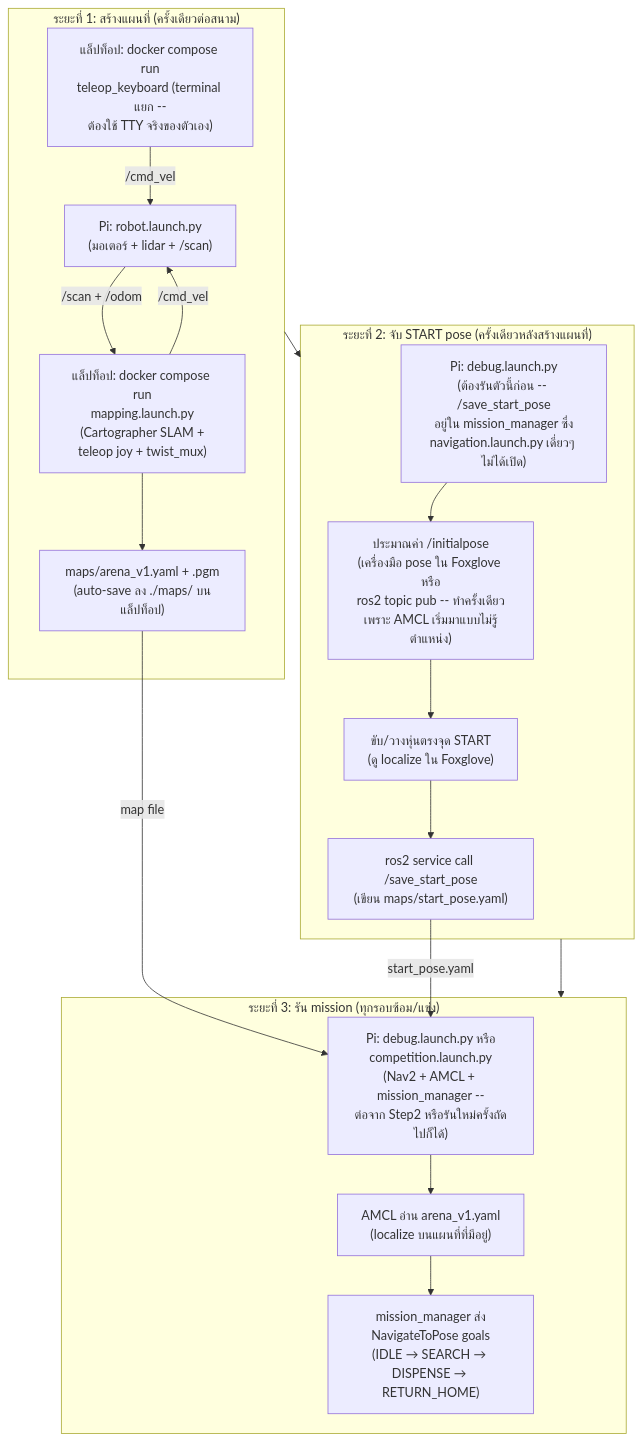
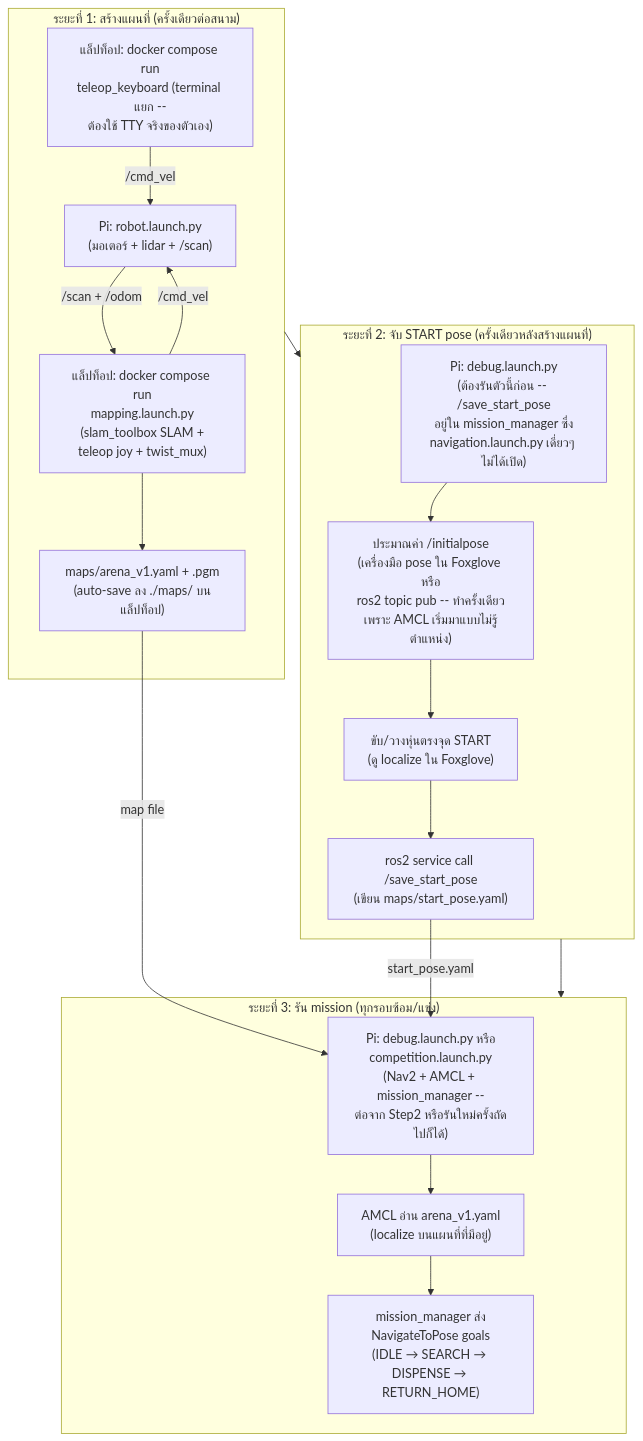
The diagram in docs/th/05-navigation.md (robotkub/turtlebot3), drawn with Mermaid before and after one commit. The commit also changed other lines of this file and 18 other files, not shown here.

````diff
--- a/docs/th/05-navigation.md
+++ b/docs/th/05-navigation.md
@@ -36,32 +36,32 @@
 ```mermaid
 flowchart TD
     subgraph Step1["ระยะที่ 1: สร้างแผนที่ (ครั้งเดียวต่อสนาม)"]
         A["Pi: robot.launch.py\n(มอเตอร์ + lidar + /scan)"]
-        B["แล็ปท็อป: docker compose run\nmapping.launch.py\n(Cartographer SLAM +\nteleop joy + twist_mux)"]
+        B["แล็ปท็อป: docker compose run\nmapping.launch.py\n(slam_toolbox SLAM +\nteleop joy + twist_mux)"]
         C["แล็ปท็อป: docker compose run\nteleop_keyboard (terminal แยก --\nต้องใช้ TTY จริงของตัวเอง)"]
         D["maps/arena_v1.yaml + .pgm\n(auto-save ลง ./maps/ บนแล็ปท็อป)"]
         A -->|"/scan + /odom"| B
         B -->|"/cmd_vel"| A
         C -->|"/cmd_vel"| A
         B --> D
     end
 
     subgraph Step2["ระยะที่ 2: จับ START pose (ครั้งเดียวหลังสร้างแผนที่)"]
         E0["Pi: debug.launch.py\n(ต้องรันตัวนี้ก่อน -- /save_start_pose\nอยู่ใน mission_manager ซึ่ง\nnavigation.launch.py เดี่ยวๆ ไม่ได้เปิด)"]
         E1["ประมาณค่า /initialpose\n(เครื่องมือ pose ใน Foxglove หรือ\nros2 topic pub -- ทำครั้งเดียว\nเพราะ AMCL เริ่มมาแบบไม่รู้ตำแหน่ง)"]
         E["ขับ/วางหุ่นตรงจุด START\n(ดู localize ใน Foxglove)"]
         F["ros2 service call /save_start_pose\n(เขียน maps/start_pose.yaml)"]
         E0 --> E1 --> E --> F
     end
 
     subgraph Step3["ระยะที่ 3: รัน mission (ทุกรอบซ้อม/แข่ง)"]
         G["Pi: debug.launch.py หรือ\ncompetition.launch.py\n(Nav2 + AMCL + mission_manager --\nต่อจาก Step2 หรือรันใหม่ครั้งถัดไปก็ได้)"]
         H["AMCL อ่าน arena_v1.yaml\n(localize บนแผนที่ที่มีอยู่)"]
         I["mission_manager ส่ง\nNavigateToPose goals\n(IDLE → SEARCH → DISPENSE → RETURN_HOME)"]
         D -->|"map file"| G
         F -->|"start_pose.yaml"| G
         G --> H --> I
     end
 
     Step1 --> Step2 --> Step3
 ```
````
